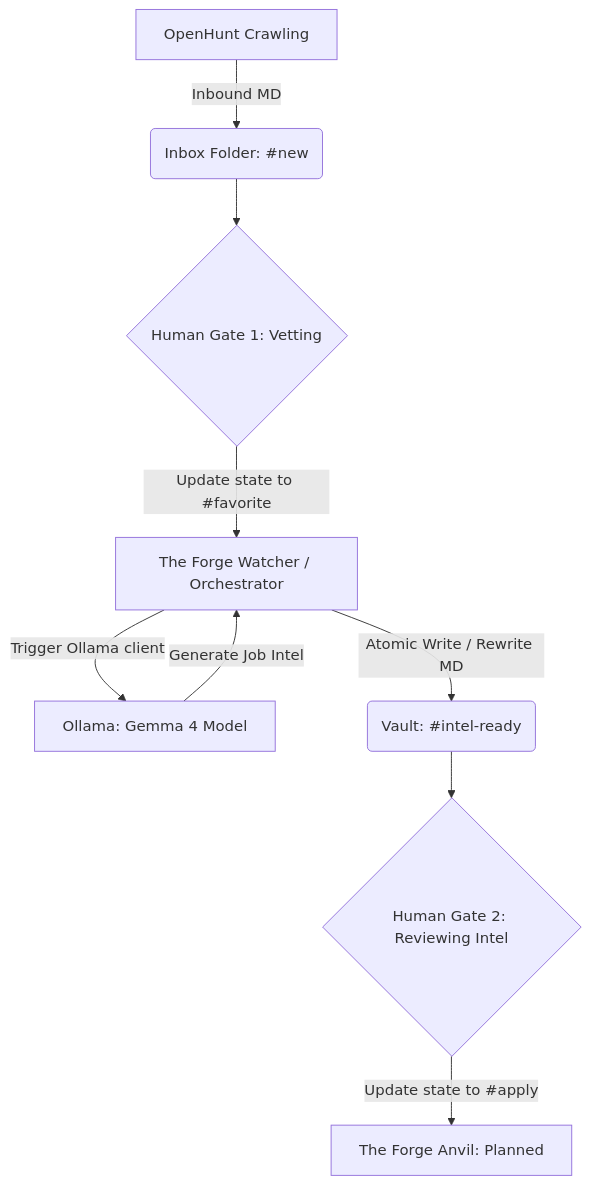
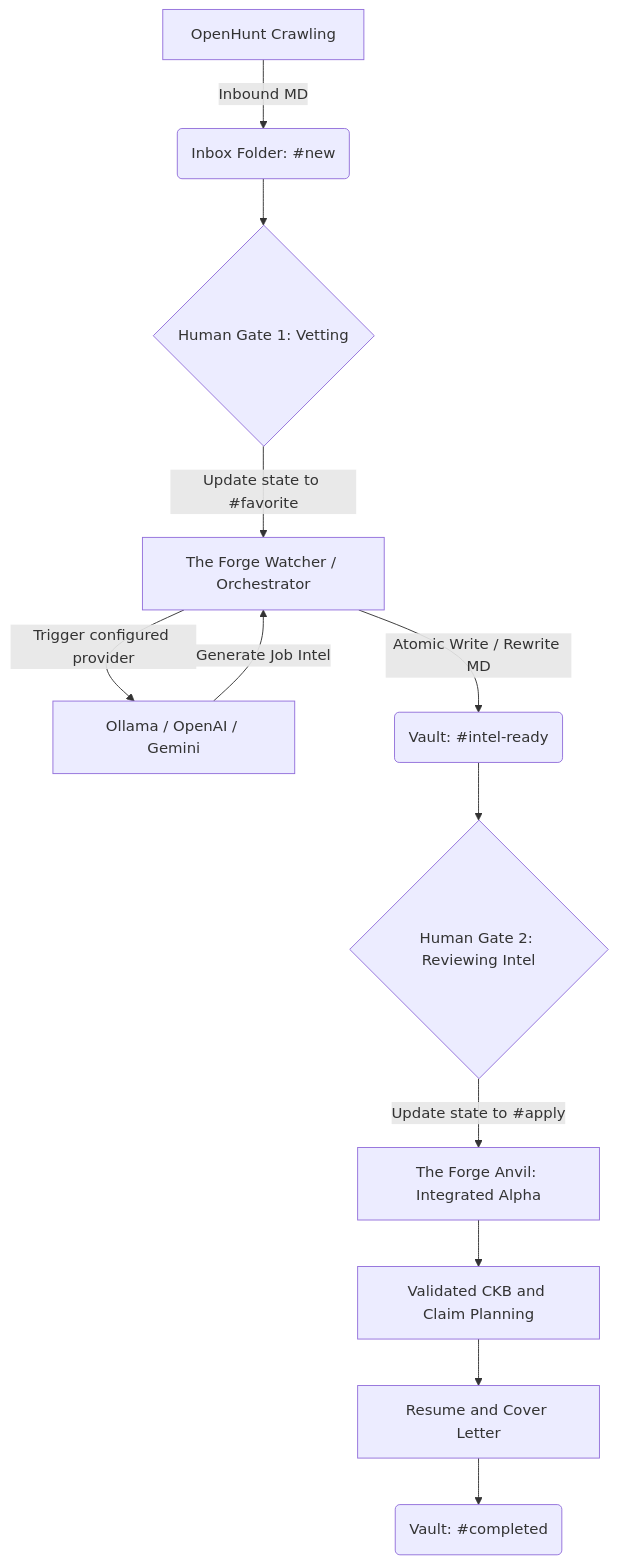
Before and after one commit to admbahm/theForge: the diagram in CONTEXT_MAP.md, drawn with Mermaid. The commit also changed other lines of this file and 8 other files, not shown here.

````diff
--- a/CONTEXT_MAP.md
+++ b/CONTEXT_MAP.md
@@ -16,11 +17,14 @@
 ```mermaid
 graph TD
     A[OpenHunt Crawling] -->|Inbound MD| B(Inbox Folder: #new)
     B --> C{Human Gate 1: Vetting}
     C -->|Update state to #favorite| D[The Forge Watcher / Orchestrator]
-    D -->|Trigger Ollama client| E[Ollama: Gemma 4 Model]
+    D -->|Trigger configured provider| E[Ollama / OpenAI / Gemini]
     E -->|Generate Job Intel| D
     D -->|Atomic Write / Rewrite MD| F(Vault: #intel-ready)
     F --> G{Human Gate 2: Reviewing Intel}
-    G -->|Update state to #apply| H[The Forge Anvil: Planned]
+    G -->|Update state to #apply| H[The Forge Anvil: Integrated Alpha]
+    H --> I[Validated CKB and Claim Planning]
+    I --> J[Resume and Cover Letter]
+    J --> K(Vault: #completed)
 ```
````
